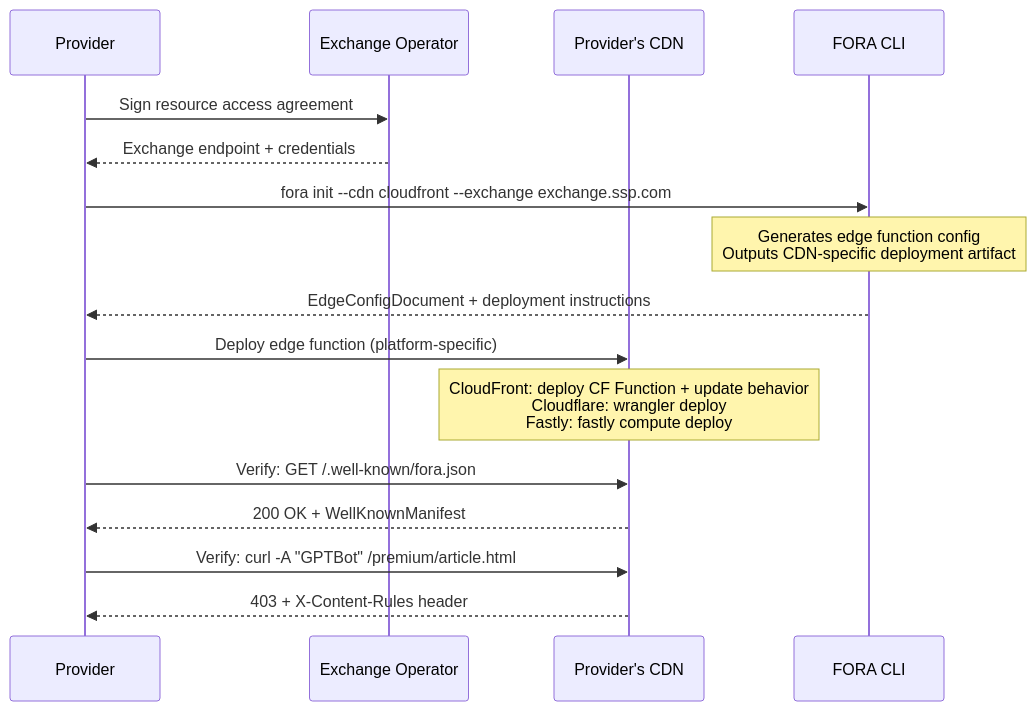
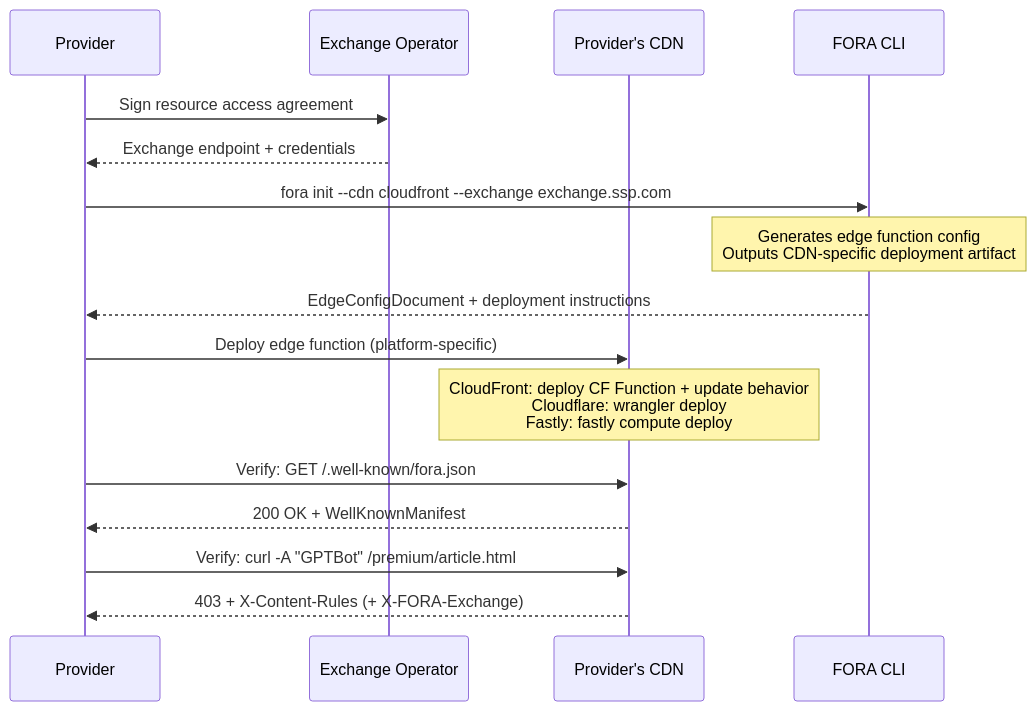
The first of 3 diagrams in website/src/content/docs/components/edge-function/deployment.mdx (FORA-Protocol/protocol), drawn with Mermaid before and after one commit. The commit also changed other lines of this file and 16 other files, not shown here.

````diff
--- a/website/src/content/docs/components/edge-function/deployment.mdx
+++ b/website/src/content/docs/components/edge-function/deployment.mdx
@@ -10,24 +10,24 @@
 ```mermaid
 sequenceDiagram
     participant Provider as Provider
     participant MO as Exchange Operator
     participant CDN as Provider's CDN
     participant FORA as FORA CLI
 
     Provider->>MO: Sign resource access agreement
     MO-->>Provider: Exchange endpoint + credentials
 
     Provider->>FORA: fora init --cdn cloudfront --exchange exchange.ssp.com
     Note over FORA: Generates edge function config<br/>Outputs CDN-specific deployment artifact
 
     FORA-->>Provider: EdgeConfigDocument + deployment instructions
 
     Provider->>CDN: Deploy edge function (platform-specific)
     Note over CDN: CloudFront: deploy CF Function + update behavior<br/>Cloudflare: wrangler deploy<br/>Fastly: fastly compute deploy
 
     Provider->>CDN: Verify: GET /.well-known/fora.json
     CDN-->>Provider: 200 OK + WellKnownManifest
 
     Provider->>CDN: Verify: curl -A "GPTBot" /premium/article.html
-    CDN-->>Provider: 403 + X-Content-Rules header
+    CDN-->>Provider: 403 + X-Content-Rules (+ X-FORA-Exchange)
 ```
````
